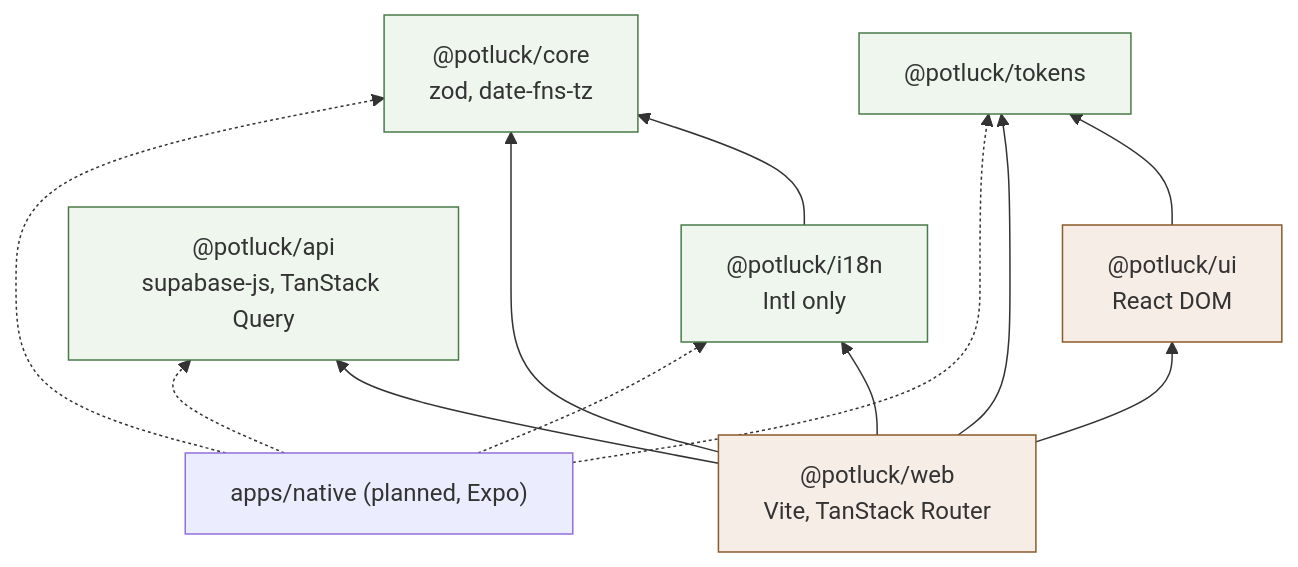
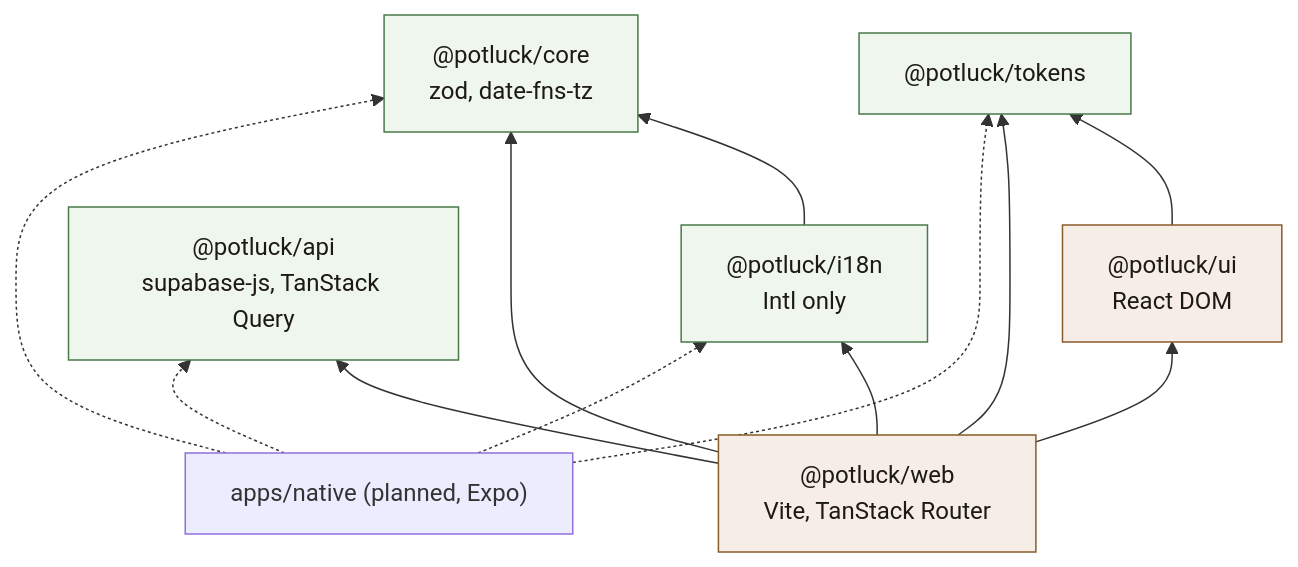
One commit to Fermulate/potluck changed the third of 6 diagrams in docs/architecture.md. Above: the diagram before and after it, drawn with Mermaid.

Commit message:
readable package graph in dark mode

````diff
--- a/docs/architecture.md
+++ b/docs/architecture.md
@@ -94,27 +94,27 @@
 ```mermaid
 flowchart BT
   core["@potluck/core<br/>zod, date-fns-tz"]
   i18n["@potluck/i18n<br/>Intl only"]
   tokens["@potluck/tokens"]
   api["@potluck/api<br/>supabase-js, TanStack Query"]
   ui["@potluck/ui<br/>React DOM"]
   web["@potluck/web<br/>Vite, TanStack Router"]
   native["apps/native (planned, Expo)"]
 
   i18n --> core
   ui --> tokens
   web --> core
   web --> i18n
   web --> tokens
   web --> api
   web --> ui
   native -.-> core
   native -.-> i18n
   native -.-> tokens
   native -.-> api
 
-  classDef shared fill:#eef6ee,stroke:#4a7a4a
-  classDef webonly fill:#f6eee6,stroke:#8a5a2a
+  classDef shared fill:#eef6ee,stroke:#4a7a4a,color:#1d1a16
+  classDef webonly fill:#f6eee6,stroke:#8a5a2a,color:#1d1a16
   class core,i18n,tokens,api shared
   class ui,web webonly
 ```
````
